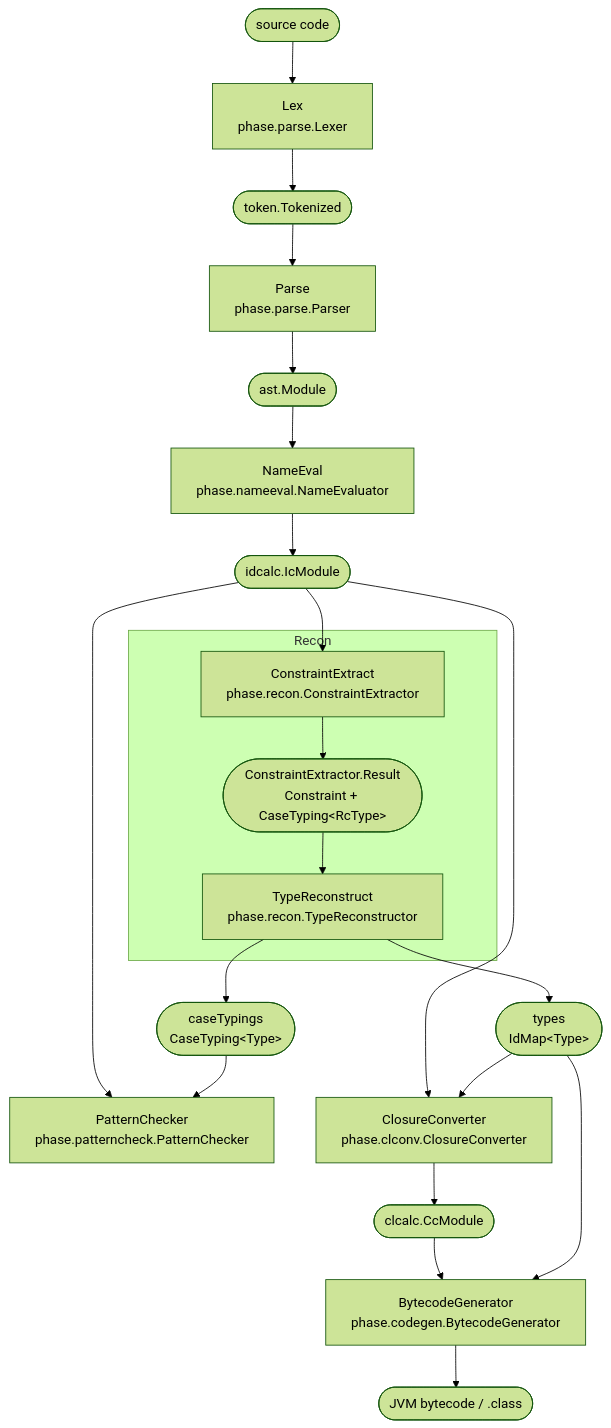
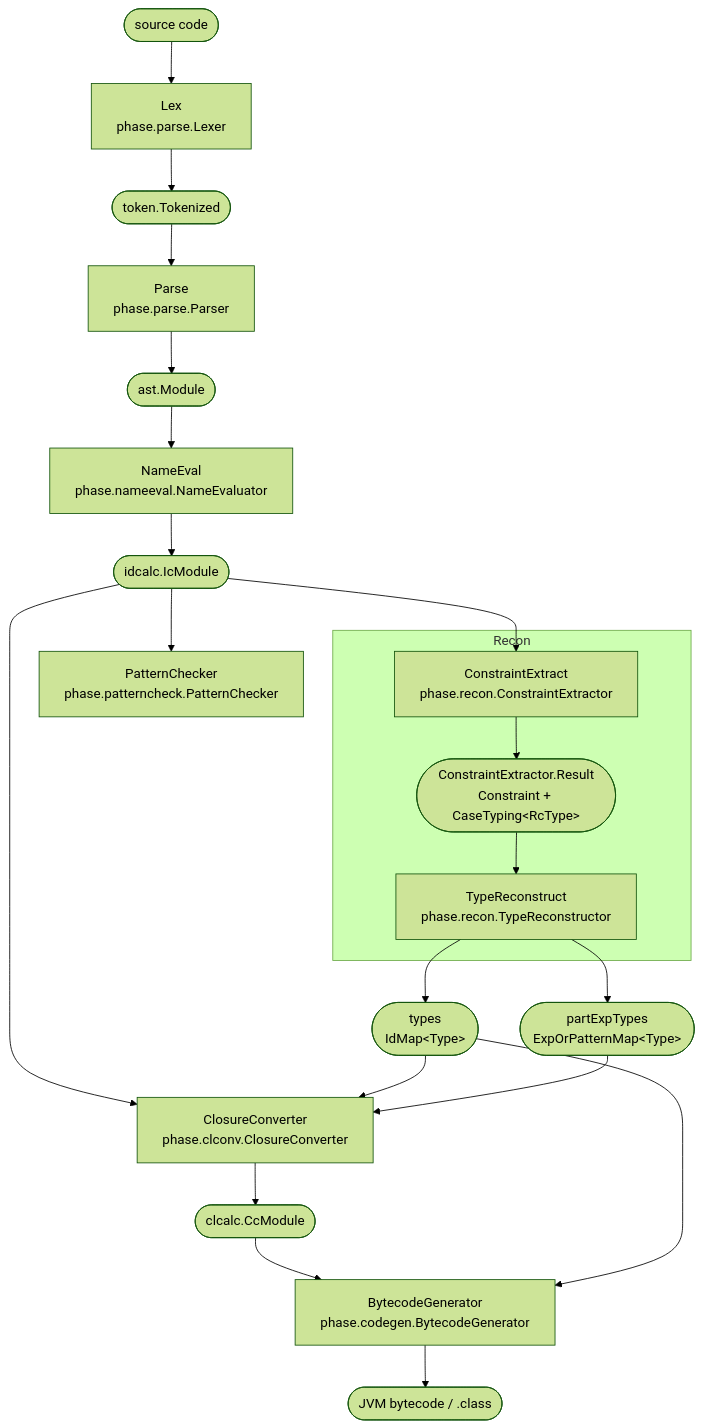
The diagram in ARCHITECTURE.md (YuyaAizawa/zlk), drawn with Mermaid (forest theme) before and after one commit. The commit also changed other lines of this file and 25 other files, not shown here.

````diff
--- a/ARCHITECTURE.md
+++ b/ARCHITECTURE.md
@@ -7,28 +7,28 @@
 ```mermaid
 flowchart TD
     Source(["source code"]) --> Lexer["Lex<br/>phase.parse.Lexer"]
     Lexer --> Tokens(["token.Tokenized"])
     Tokens --> Parser["Parse<br/>phase.parse.Parser"]
     Parser --> AST(["ast.Module"])
     AST --> NameEvaluator["NameEval<br/>phase.nameeval.NameEvaluator"]
     NameEvaluator --> IC(["idcalc.IcModule"])
 
     IC --> Extractor["ConstraintExtract<br/>phase.recon.ConstraintExtractor"]
     subgraph Recon
         Extractor --> Extracted(["ConstraintExtractor.Result<br/>Constraint + CaseTyping&lt;RcType&gt;"])
         Extracted --> Reconstructor["TypeReconstruct<br/>phase.recon.TypeReconstructor"]
     end
     Reconstructor --> Types(["types<br/>IdMap&lt;Type&gt;"])
-    Reconstructor --> CaseTypings(["caseTypings<br/>CaseTyping&lt;Type&gt;"])
+    Reconstructor --> PartExpTypes(["partExpTypes<br/>ExpOrPatternMap&lt;Type&gt;"])
 
     IC --> PatternChecker["PatternChecker<br/>phase.patterncheck.PatternChecker"]
-    CaseTypings --> PatternChecker
 
     IC --> ClosureConverter["ClosureConverter<br/>phase.clconv.ClosureConverter"]
     Types --> ClosureConverter
+    PartExpTypes --> ClosureConverter
     ClosureConverter --> CC(["clcalc.CcModule"])
 
     CC --> BytecodeGenerator["BytecodeGenerator<br/>phase.codegen.BytecodeGenerator"]
     Types --> BytecodeGenerator
     BytecodeGenerator --> Class(["JVM bytecode / .class"])
 ```
````
